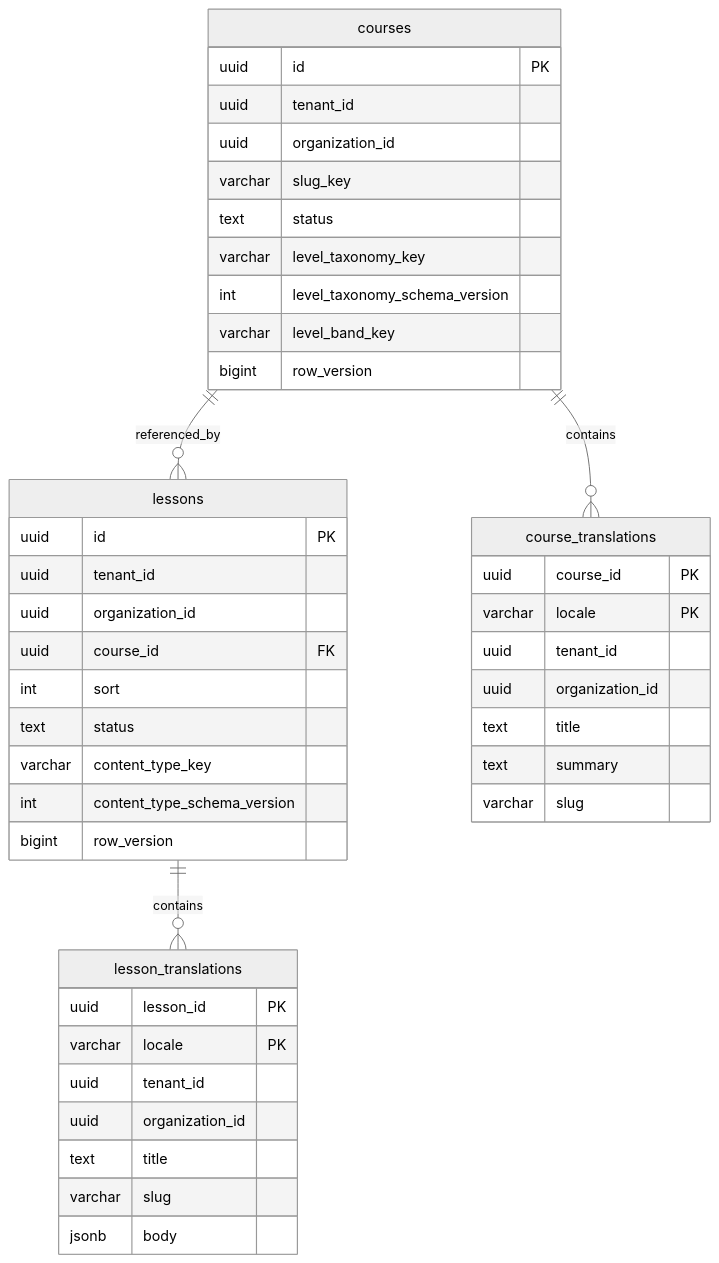
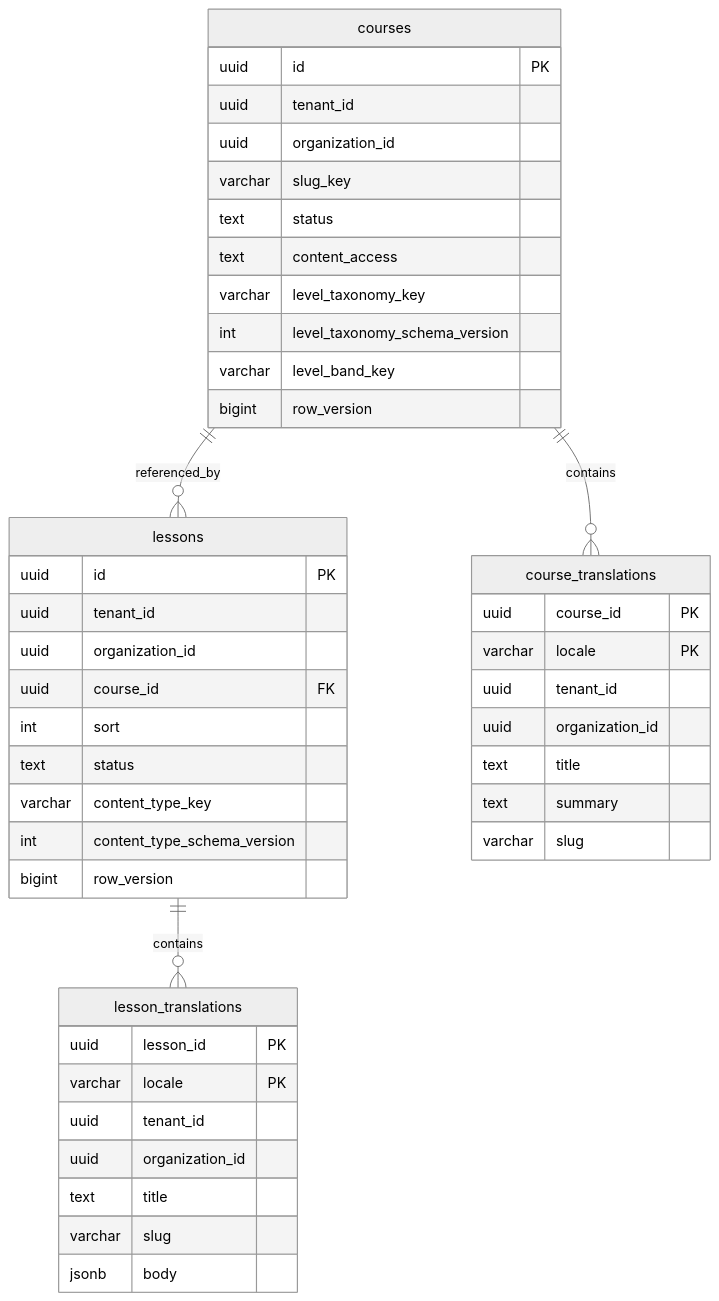
One commit to HodeTech/LearnStack changed the first of 3 diagrams in docs/modules/education/README.md. Above: the diagram before and after it, drawn with Mermaid (neutral theme). The commit also changed other lines of this file and 50 other files, not shown here.

````diff
--- a/docs/modules/education/README.md
+++ b/docs/modules/education/README.md
@@ -28,46 +29,47 @@
 ```mermaid
 erDiagram
     courses ||--o{ lessons : referenced_by
     courses ||--o{ course_translations : contains
     lessons ||--o{ lesson_translations : contains
     courses {
         uuid id PK
         uuid tenant_id
         uuid organization_id
         varchar slug_key
         text status
+        text content_access
         varchar level_taxonomy_key
         int level_taxonomy_schema_version
         varchar level_band_key
         bigint row_version
     }
     lessons {
         uuid id PK
         uuid tenant_id
         uuid organization_id
         uuid course_id FK
         int sort
         text status
         varchar content_type_key
         int content_type_schema_version
         bigint row_version
     }
     course_translations {
         uuid course_id PK
         varchar locale PK
         uuid tenant_id
         uuid organization_id
         text title
         text summary
         varchar slug
     }
     lesson_translations {
         uuid lesson_id PK
         varchar locale PK
         uuid tenant_id
         uuid organization_id
         text title
         varchar slug
         jsonb body
     }
 ```
````
